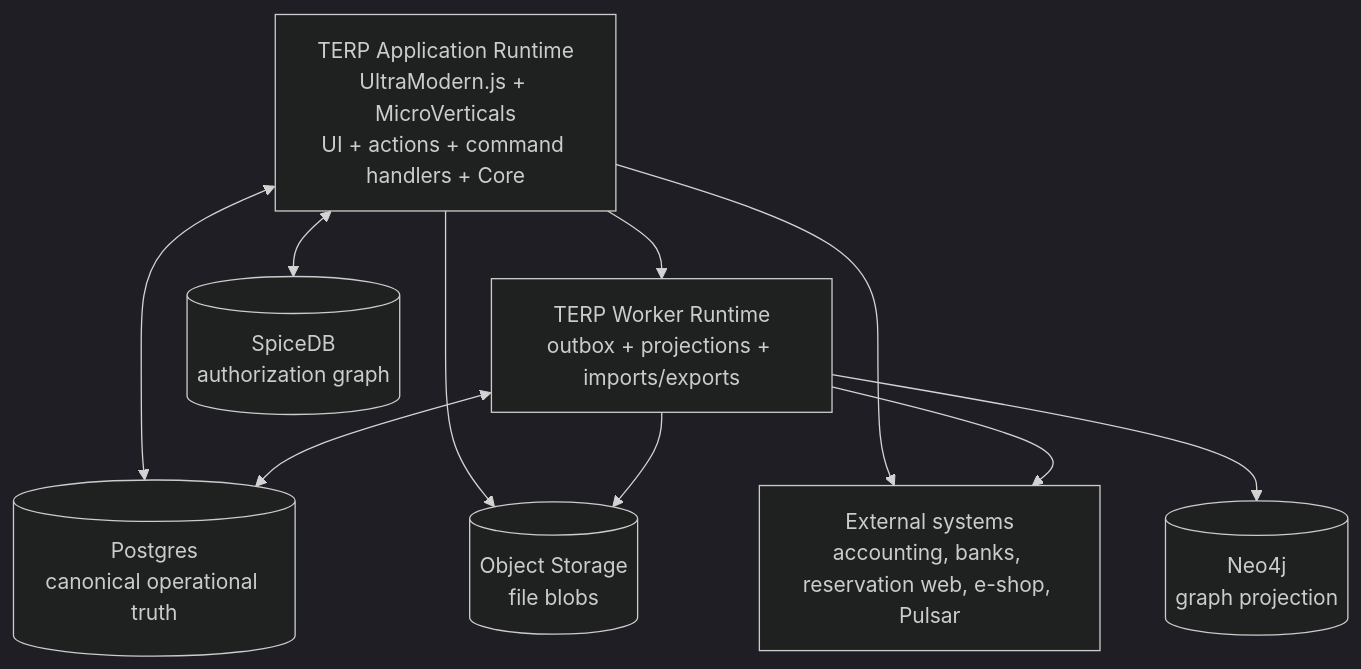
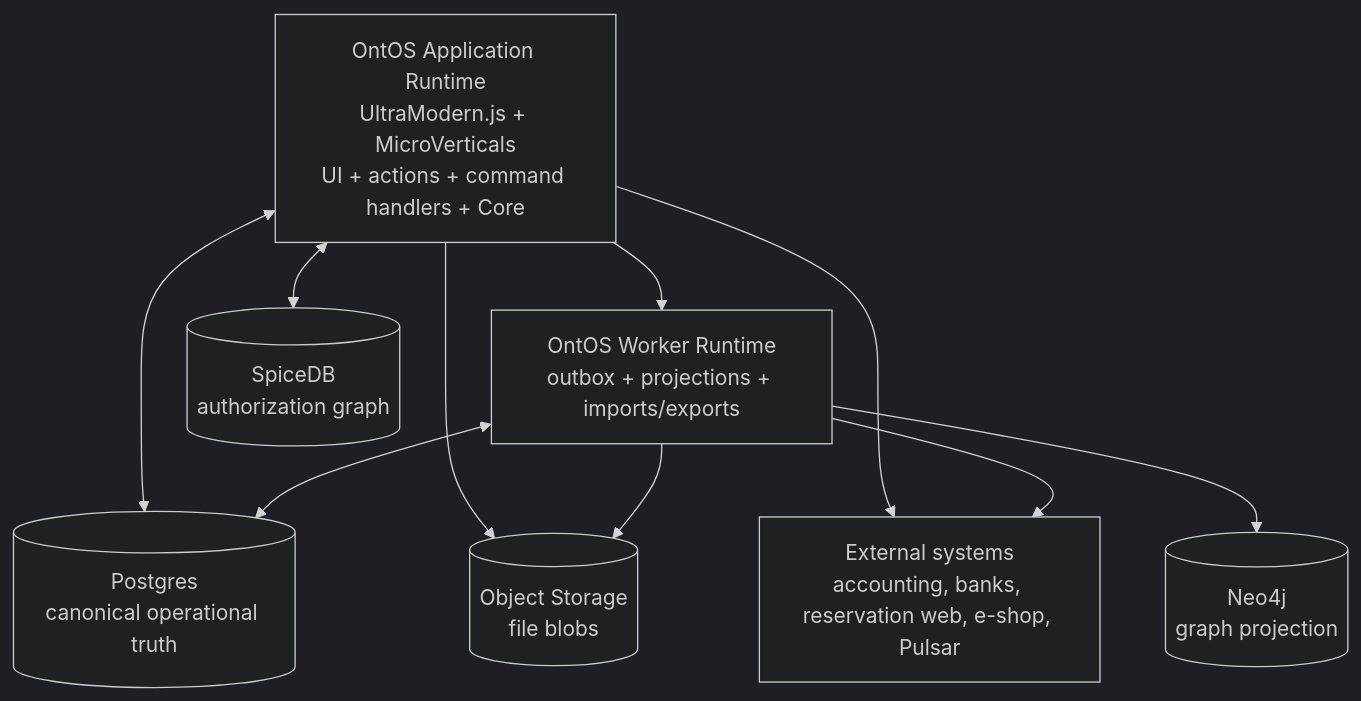
One commit to TechsioCZ/ontos changed the diagram in diagrams/c4-L2-containers.mmd. Above: the diagram before and after it, drawn with Mermaid (dark theme). The commit also changed 28 other files, not shown here.

First line of the commit message:
Rename architecture pack to OntOS

```diff
--- a/diagrams/c4-L2-containers.mmd
+++ b/diagrams/c4-L2-containers.mmd
@@ -1,18 +1,18 @@
 flowchart TB
-  app[TERP Application Runtime\nUltraModern.js + MicroVerticals\nUI + actions + command handlers + Core]
-  workers[TERP Worker Runtime\noutbox + projections + imports/exports]
+  app[OntOS Application Runtime\nUltraModern.js + MicroVerticals\nUI + actions + command handlers + Core]
+  workers[OntOS Worker Runtime\noutbox + projections + imports/exports]
   pg[(Postgres\ncanonical operational truth)]
   neo[(Neo4j\ngraph projection)]
   sp[(SpiceDB\nauthorization graph)]
   obj[(Object Storage\nfile blobs)]
   ext[External systems\naccounting, banks, reservation web, e-shop, Pulsar]
 
   app <--> pg
   app <--> sp
   app --> obj
   app --> ext
   app --> workers
   workers <--> pg
   workers --> neo
   workers --> ext
   workers --> obj
```
